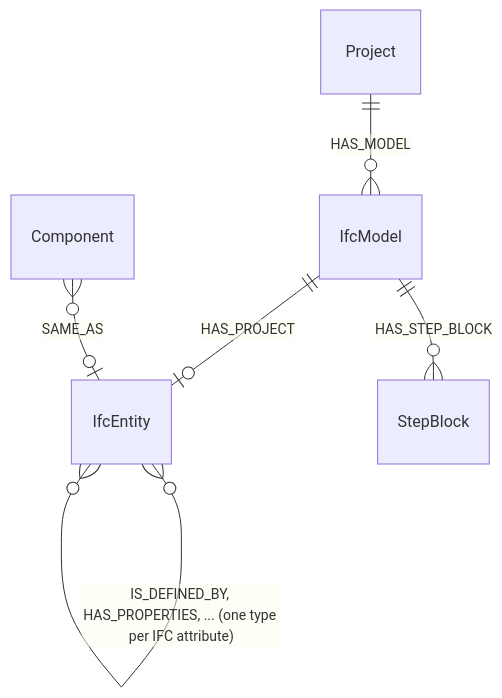
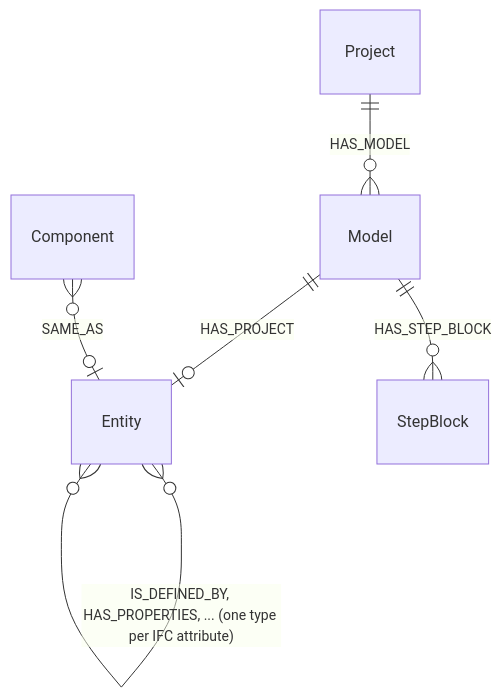
Before and after one commit to marwiss/Kontroll: the sixth of 6 diagrams in docs/da/graph-schema.md, drawn with Mermaid. The commit also changed other lines of this file and 32 other files, not shown here.

````diff
--- a/docs/da/graph-schema.md
+++ b/docs/da/graph-schema.md
@@ -157,8 +157,8 @@
 ```mermaid
 erDiagram
-    Project ||--o{ IfcModel : HAS_MODEL
-    IfcModel ||--o| IfcEntity : HAS_PROJECT
-    IfcModel ||--o{ StepBlock : HAS_STEP_BLOCK
-    IfcEntity }o--o{ IfcEntity : "IS_DEFINED_BY, HAS_PROPERTIES, ... (one type per IFC attribute)"
-    Component }o--o| IfcEntity : SAME_AS
+    Project ||--o{ Model : HAS_MODEL
+    Model ||--o| Entity : HAS_PROJECT
+    Model ||--o{ StepBlock : HAS_STEP_BLOCK
+    Entity }o--o{ Entity : "IS_DEFINED_BY, HAS_PROPERTIES, ... (one type per IFC attribute)"
+    Component }o--o| Entity : SAME_AS
 ```
````
